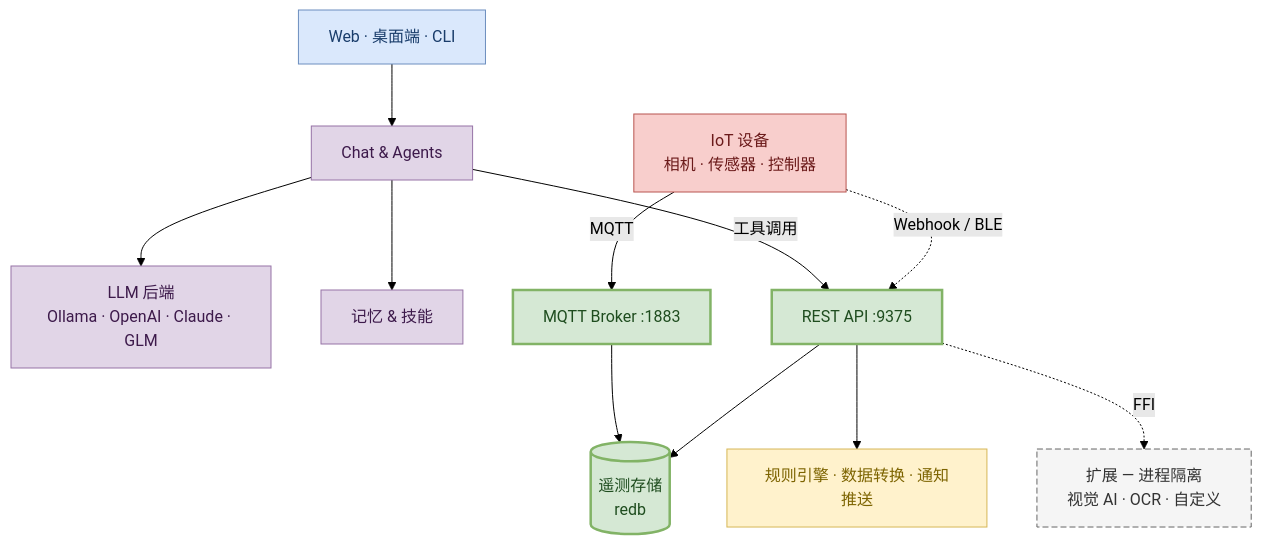
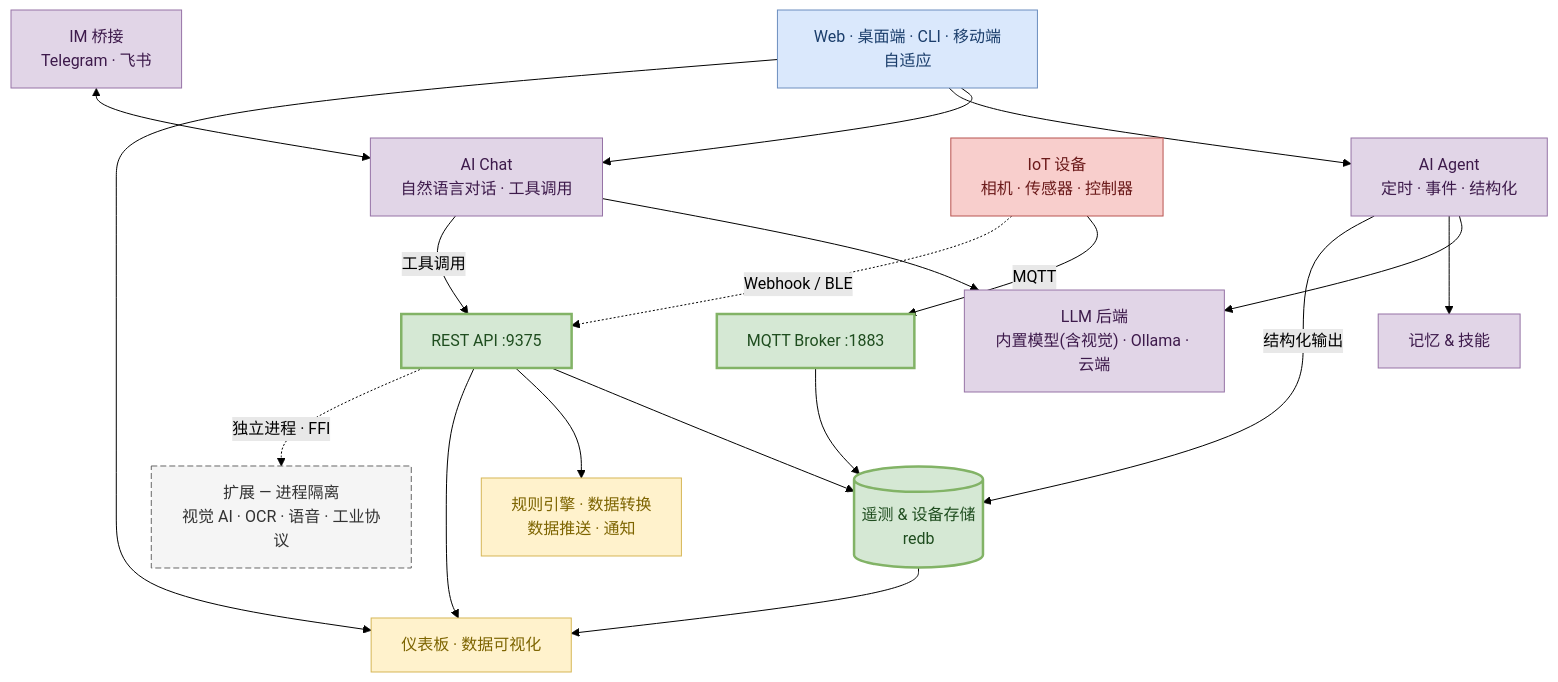
The diagram in docs/0-neomind/product-overview/1-what-is-neomind.md (camthink-ai/wiki-documents), drawn with Mermaid (forest theme) before and after one commit. The commit also changed other lines of this file and 89 other files, not shown here.

````diff
--- a/docs/0-neomind/product-overview/1-what-is-neomind.md
+++ b/docs/0-neomind/product-overview/1-what-is-neomind.md
@@ -34,43 +34,53 @@
 ```mermaid
 flowchart TB
-    CLIENT["Web · 桌面端 · CLI"]
-    CHAT["Chat & Agents"]
-    LLM["LLM 后端<br/>Ollama · OpenAI · Claude · GLM"]
+    CLIENT["Web · 桌面端 · CLI · 移动端自适应"]
+    IM["IM 桥接<br/>Telegram · 飞书"]
+    CHAT["AI Chat<br/>自然语言对话 · 工具调用"]
+    AGENT["AI Agent<br/>定时 · 事件 · 结构化"]
+    LLM["LLM 后端<br/>内置模型(含视觉) · Ollama · 云端"]
     MEM["记忆 & 技能"]
+    DASH["仪表板 · 数据可视化"]
 
     API["REST API :9375"]
     MQTT["MQTT Broker :1883"]
-    STORE[("遥测存储<br/>redb")]
-    AUTO["规则引擎 · 数据转换 · 通知推送"]
+    STORE[("遥测 & 设备存储<br/>redb")]
+    AUTO["规则引擎 · 数据转换<br/>数据推送 · 通知"]
 
-    EXT["扩展 — 进程隔离<br/>视觉 AI · OCR · 自定义"]
+    EXT["扩展 — 进程隔离<br/>视觉 AI · OCR · 语音 · 工业协议"]
     DEV["IoT 设备<br/>相机 · 传感器 · 控制器"]
 
     CLIENT --> CHAT
+    CLIENT --> AGENT
+    CLIENT --> DASH
+    IM <--> CHAT
     CHAT --> LLM
-    CHAT --> MEM
+    AGENT --> LLM
+    AGENT --> MEM
     CHAT -->|工具调用| API
+    AGENT -->|结构化输出| STORE
 
     DEV -->|MQTT| MQTT
     DEV -.->|Webhook / BLE| API
 
     MQTT --> STORE
     API --> STORE
     API --> AUTO
+    API --> DASH
+    STORE --> DASH
 
-    API -.->|FFI| EXT
+    API -.->|独立进程 · FFI| EXT
 
     classDef clientNode fill:#dae8fc,stroke:#6c8ebf,color:#1a3d6b
     classDef aiNode fill:#e1d5e7,stroke:#9673a6,color:#3d1a4b
     classDef coreNode fill:#d5e8d4,stroke:#82b366,stroke-width:2.5px,color:#1f4d1f
     classDef autoNode fill:#fff2cc,stroke:#d6b656,color:#7d6400
     classDef extNode fill:#f5f5f5,stroke:#666,stroke-dasharray:6 3,color:#333
     classDef devNode fill:#f8cecc,stroke:#b85450,color:#6b1a1a
 
     class CLIENT clientNode
-    class CHAT,LLM,MEM aiNode
+    class IM,CHAT,AGENT,LLM,MEM aiNode
     class API,MQTT,STORE coreNode
-    class AUTO autoNode
+    class AUTO,DASH autoNode
     class EXT extNode
     class DEV devNode
 ```
````
